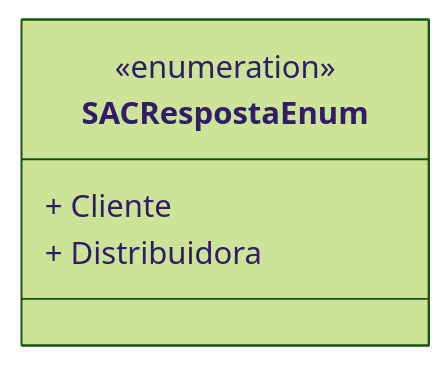
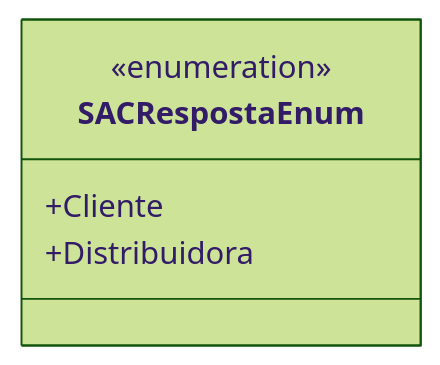
One commit to IsthmusSistemas/documentacao-tecnica changed the diagram in docs/b2b-dominio/IsthmusWinthor.Nucleo/IsthmusWinthor.Dominio/Enumeradores/SACRespostaEnum.md. Above: the diagram before and after it, drawn with Mermaid (forest theme). The commit also changed other lines of this file and 882 other files, not shown here.

````diff
--- a/docs/b2b-dominio/IsthmusWinthor.Nucleo/IsthmusWinthor.Dominio/Enumeradores/SACRespostaEnum.md
+++ b/docs/b2b-dominio/IsthmusWinthor.Nucleo/IsthmusWinthor.Dominio/Enumeradores/SACRespostaEnum.md
@@ -12,8 +12,8 @@
 ```mermaid
 classDiagram
     class SACRespostaEnum {
         <<enumeration>>
-        + Cliente
-        + Distribuidora
+        +Cliente
+        +Distribuidora
     }
 ```
````
